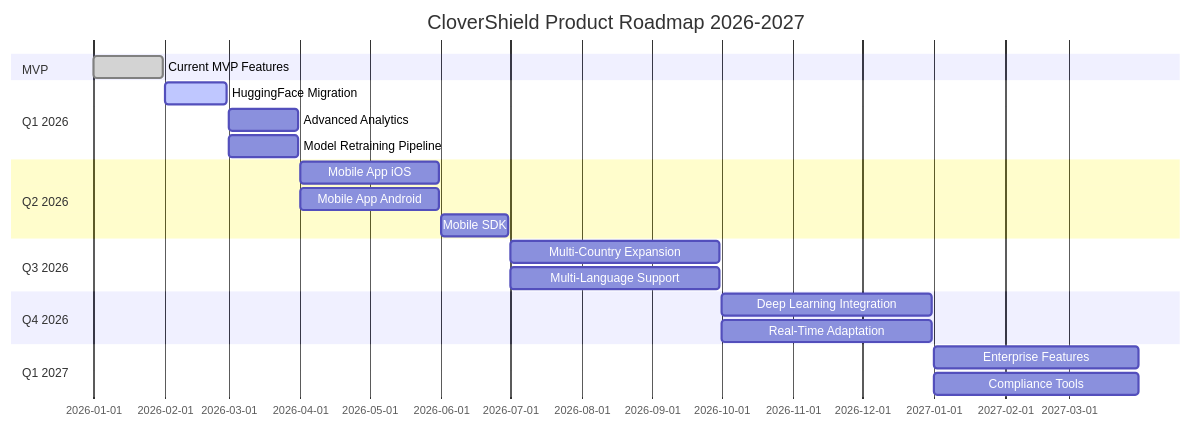
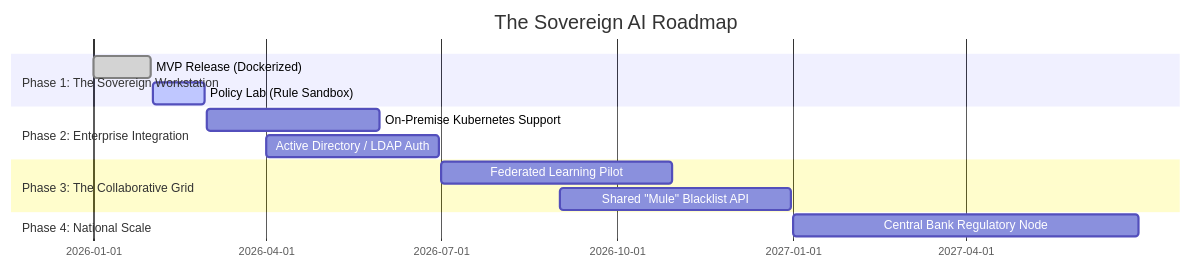
Before and after one commit to rahathasan452/MXB2026-Rajshahi-Clover_crew-CloverShield: the first of 2 diagrams in 05_Product_Roadmap.md, drawn with Mermaid. The commit also changed other lines of this file and 6 other files, not shown here.

Commit message:
feat: Implement sovereign AI deployment architecture, update project documentation, and remove old demo link.

````diff
--- a/05_Product_Roadmap.md
+++ b/05_Product_Roadmap.md
@@ -16,24 +12,20 @@
 ```mermaid
 gantt
-    title CloverShield Product Roadmap 2026-2027
+    title The Sovereign AI Roadmap
     dateFormat YYYY-MM-DD
-    section MVP
-    Current MVP Features           :done, mvp, 2026-01-01, 2026-01-31
-    section Q1 2026
-    HuggingFace Migration          :active, hf, 2026-02-01, 2026-02-28
-    Advanced Analytics             :analytics, 2026-03-01, 2026-03-31
-    Model Retraining Pipeline      :retrain, 2026-03-01, 2026-03-31
-    section Q2 2026
-    Mobile App iOS                 :mobile-ios, 2026-04-01, 2026-05-31
-    Mobile App Android             :mobile-android, 2026-04-01, 2026-05-31
-    Mobile SDK                     :sdk, 2026-06-01, 2026-06-30
-    section Q3 2026
-    Multi-Country Expansion        :expansion, 2026-07-01, 2026-09-30
-    Multi-Language Support         :lang, 2026-07-01, 2026-09-30
-    section Q4 2026
-    Deep Learning Integration      :dl, 2026-10-01, 2026-12-31
-    Real-Time Adaptation           :adapt, 2026-10-01, 2026-12-31
-    section Q1 2027
-    Enterprise Features            :enterprise, 2027-01-01, 2027-03-31
-    Compliance Tools               :compliance, 2027-01-01, 2027-03-31
+    
+    section Phase 1: The Sovereign Workstation
+    MVP Release (Dockerized)       :done, mvp, 2026-01-01, 2026-01-31
+    Policy Lab (Rule Sandbox)      :active, lab, 2026-02-01, 2026-02-28
+    
+    section Phase 2: Enterprise Integration
+    On-Premise Kubernetes Support  :k8s, 2026-03-01, 2026-05-30
+    Active Directory / LDAP Auth   :auth, 2026-04-01, 2026-06-30
+    
+    section Phase 3: The Collaborative Grid
+    Federated Learning Pilot       :fed, 2026-07-01, 2026-10-30
+    Shared "Mule" Blacklist API    :api, 2026-09-01, 2026-12-31
+    
+    section Phase 4: National Scale
+    Central Bank Regulatory Node   :reg, 2027-01-01, 2027-06-30
 ```
````
